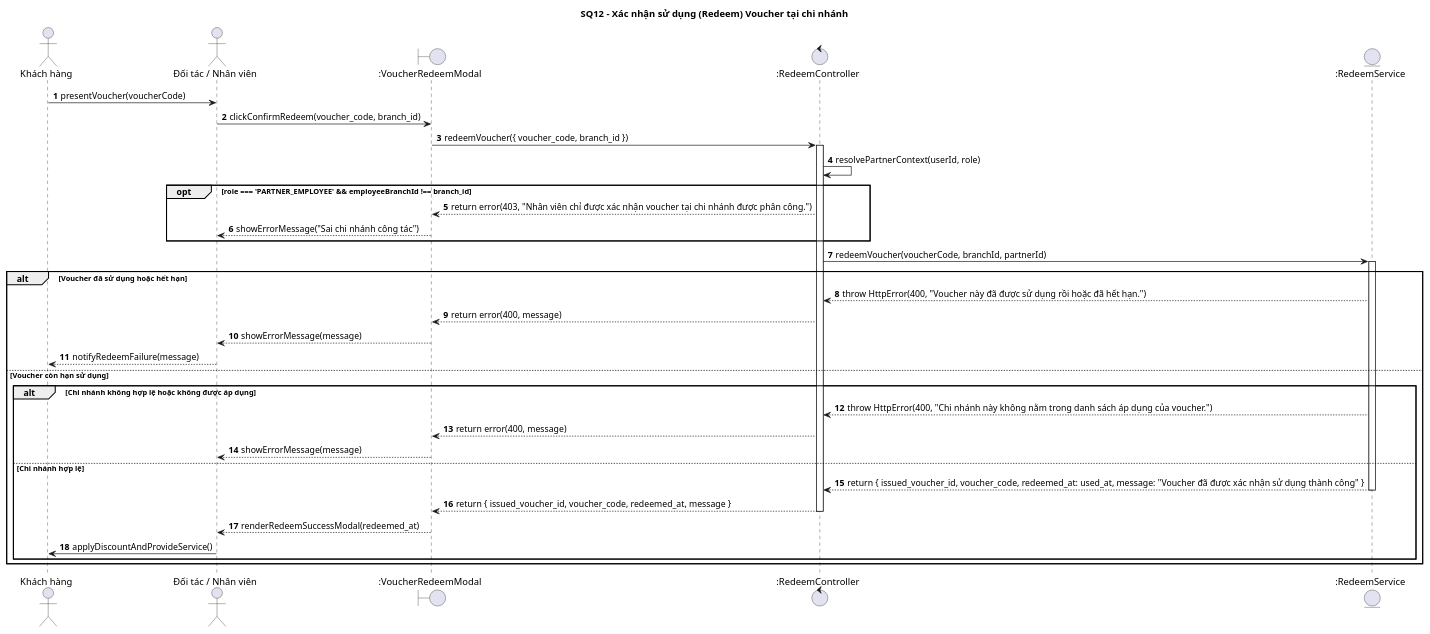
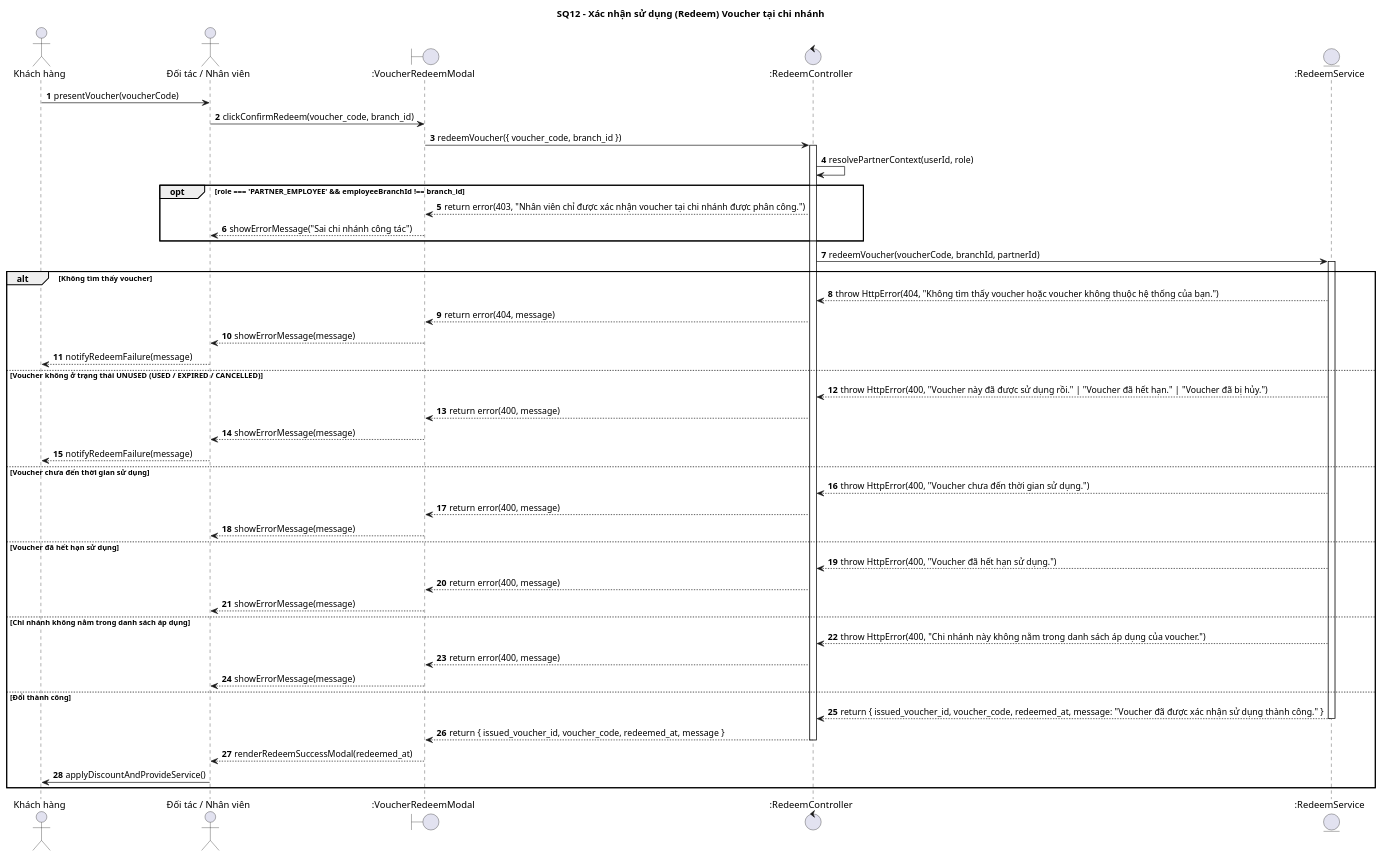
One commit to Ngo-The-Dat/e-voucher-system changed the diagram in doc/sequence/doi_tac/SQ12_xac_nhan_su_dung_voucher.wsd. Above: the diagram before and after it, drawn with PlantUML. The commit also changed 4 other files, not shown here.

Commit message:
refactor: update sequence diagrams for partner registration, login, password change, employee management, and voucher redemption

```diff
--- a/doc/sequence/doi_tac/SQ12_xac_nhan_su_dung_voucher.wsd
+++ b/doc/sequence/doi_tac/SQ12_xac_nhan_su_dung_voucher.wsd
@@ -1,48 +1,59 @@
 @startuml
 title SQ12 - Xác nhận sử dụng (Redeem) Voucher tại chi nhánh
 
 autonumber
 skinparam BoxPadding 10
 skinparam ParticipantPadding 10
 
 actor "Khách hàng" as Customer
 actor "Đối tác / Nhân viên" as Staff
 boundary ":VoucherRedeemModal" as UI
 control ":RedeemController" as Ctrl
 entity ":RedeemService" as Svc
 
 Customer -> Staff: presentVoucher(voucherCode)
 Staff -> UI: clickConfirmRedeem(voucher_code, branch_id)
 UI -> Ctrl: redeemVoucher({ voucher_code, branch_id })
 activate Ctrl
 Ctrl -> Ctrl: resolvePartnerContext(userId, role)
 
 opt role === 'PARTNER_EMPLOYEE' && employeeBranchId !== branch_id
     Ctrl --> UI: return error(403, "Nhân viên chỉ được xác nhận voucher tại chi nhánh được phân công.")
     UI --> Staff: showErrorMessage("Sai chi nhánh công tác")
 end
 
 Ctrl -> Svc: redeemVoucher(voucherCode, branchId, partnerId)
 activate Svc
 
-alt Voucher đã sử dụng hoặc hết hạn
-    Svc --> Ctrl: throw HttpError(400, "Voucher này đã được sử dụng rồi hoặc đã hết hạn.")
+alt Không tìm thấy voucher
+    Svc --> Ctrl: throw HttpError(404, "Không tìm thấy voucher hoặc voucher không thuộc hệ thống của bạn.")
+    Ctrl --> UI: return error(404, message)
+    UI --> Staff: showErrorMessage(message)
+    Staff --> Customer: notifyRedeemFailure(message)
+else Voucher không ở trạng thái UNUSED (USED / EXPIRED / CANCELLED)
+    Svc --> Ctrl: throw HttpError(400, "Voucher này đã được sử dụng rồi." | "Voucher đã hết hạn." | "Voucher đã bị hủy.")
     Ctrl --> UI: return error(400, message)
     UI --> Staff: showErrorMessage(message)
     Staff --> Customer: notifyRedeemFailure(message)
-else Voucher còn hạn sử dụng
-    alt Chi nhánh không hợp lệ hoặc không được áp dụng
-        Svc --> Ctrl: throw HttpError(400, "Chi nhánh này không nằm trong danh sách áp dụng của voucher.")
-        Ctrl --> UI: return error(400, message)
-        UI --> Staff: showErrorMessage(message)
-    else Chi nhánh hợp lệ
-        Svc --> Ctrl: return { issued_voucher_id, voucher_code, redeemed_at: used_at, message: "Voucher đã được xác nhận sử dụng thành công" }
-        deactivate Svc
-        Ctrl --> UI: return { issued_voucher_id, voucher_code, redeemed_at, message }
-        deactivate Ctrl
-        UI --> Staff: renderRedeemSuccessModal(redeemed_at)
-        Staff -> Customer: applyDiscountAndProvideService()
-    end
+else Voucher chưa đến thời gian sử dụng
+    Svc --> Ctrl: throw HttpError(400, "Voucher chưa đến thời gian sử dụng.")
+    Ctrl --> UI: return error(400, message)
+    UI --> Staff: showErrorMessage(message)
+else Voucher đã hết hạn sử dụng
+    Svc --> Ctrl: throw HttpError(400, "Voucher đã hết hạn sử dụng.")
+    Ctrl --> UI: return error(400, message)
+    UI --> Staff: showErrorMessage(message)
+else Chi nhánh không nằm trong danh sách áp dụng
+    Svc --> Ctrl: throw HttpError(400, "Chi nhánh này không nằm trong danh sách áp dụng của voucher.")
+    Ctrl --> UI: return error(400, message)
+    UI --> Staff: showErrorMessage(message)
+else Đổi thành công
+    Svc --> Ctrl: return { issued_voucher_id, voucher_code, redeemed_at, message: "Voucher đã được xác nhận sử dụng thành công." }
+    deactivate Svc
+    Ctrl --> UI: return { issued_voucher_id, voucher_code, redeemed_at, message }
+    deactivate Ctrl
+    UI --> Staff: renderRedeemSuccessModal(redeemed_at)
+    Staff -> Customer: applyDiscountAndProvideService()
 end
 
 @enduml
```
